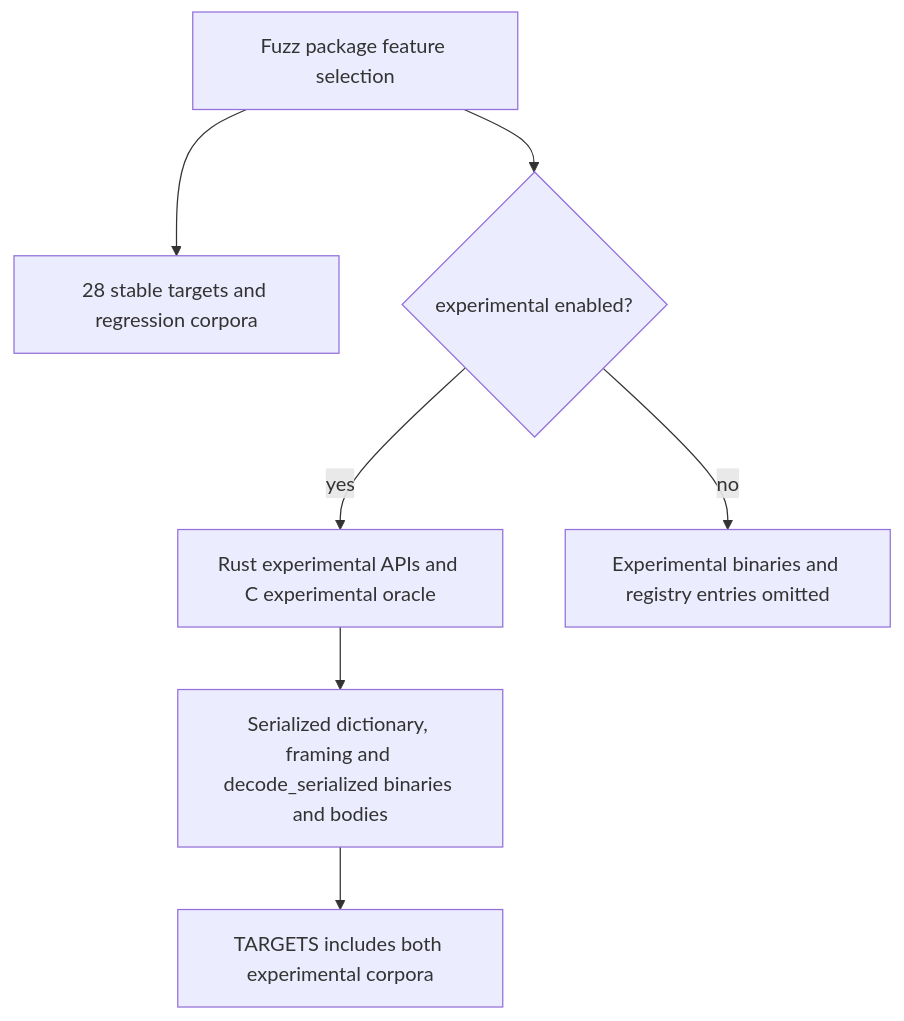
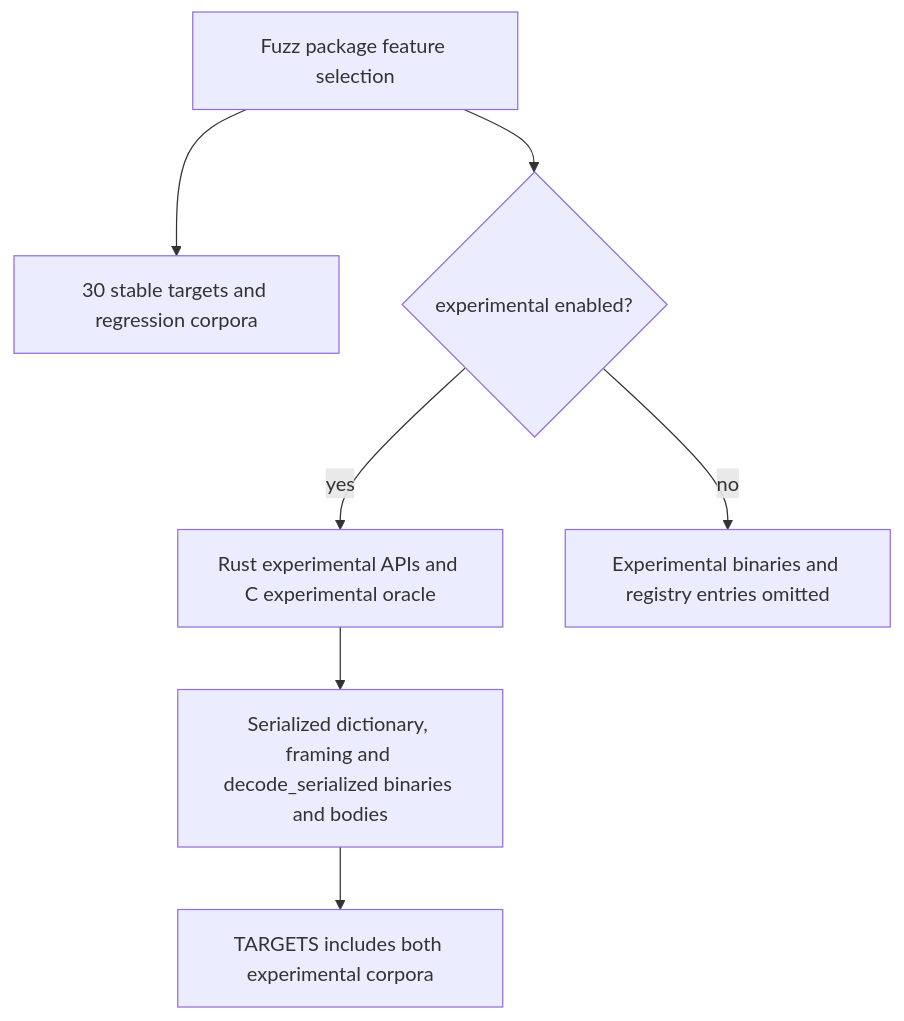
The first of 12 diagrams in architecture/fuzzing.md (M-Compressors/mbrotli), drawn with Mermaid before and after one commit. The commit also changed other lines of this file and 37 other files, not shown here.

````diff
--- a/architecture/fuzzing.md
+++ b/architecture/fuzzing.md
@@ -27,9 +27,9 @@
 ```mermaid
 flowchart TD
-    Build[Fuzz package feature selection] --> Stable[28 stable targets and regression corpora]
+    Build[Fuzz package feature selection] --> Stable[30 stable targets and regression corpora]
     Build --> Enabled{experimental enabled?}
     Enabled -->|yes| Dependencies[Rust experimental APIs and C experimental oracle]
     Dependencies --> Extra[Serialized dictionary, framing and decode_serialized binaries and bodies]
     Extra --> Registry[TARGETS includes both experimental corpora]
     Enabled -->|no| Omit[Experimental binaries and registry entries omitted]
 ```
````
